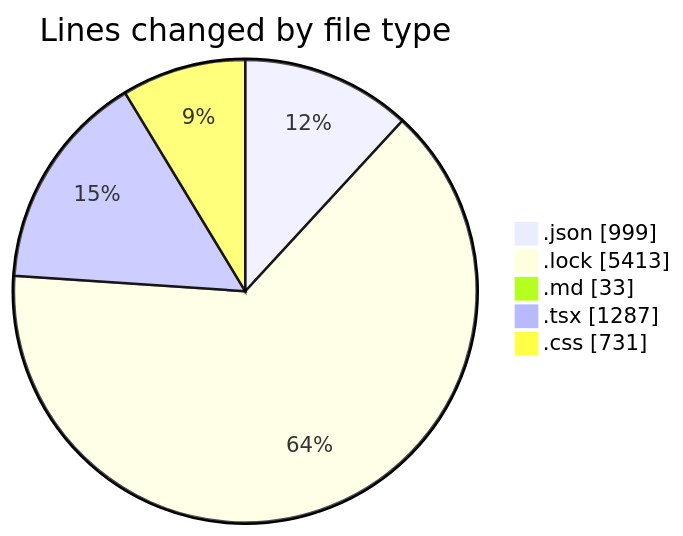
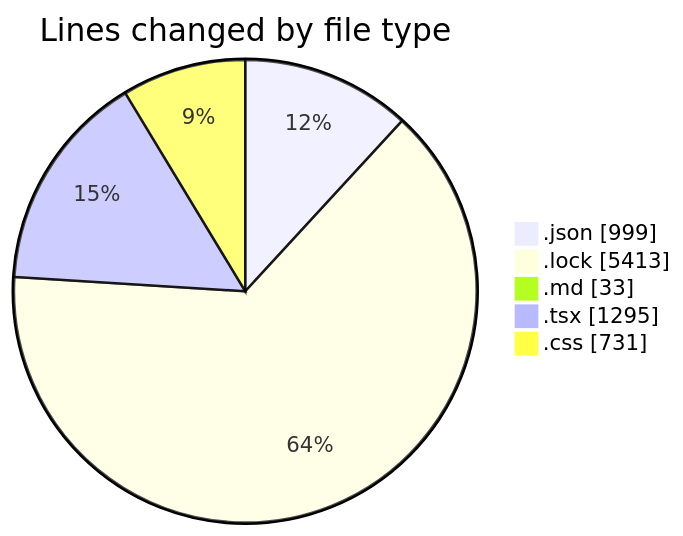
The first of 2 diagrams in 2025-08-11/ribbon/README.md (EIIisD/code-tracking), drawn with Mermaid before and after one commit. The commit also changed other lines of this file and 1 other file, not shown here.

````diff
--- a/2025-08-11/ribbon/README.md
+++ b/2025-08-11/ribbon/README.md
@@ -40,9 +40,9 @@
 ```mermaid
 pie showData
 title Lines changed by file type
 ".json" : 999
 ".lock" : 5413
 ".md" : 33
-".tsx" : 1287
+".tsx" : 1295
 ".css" : 731
 ```
````
